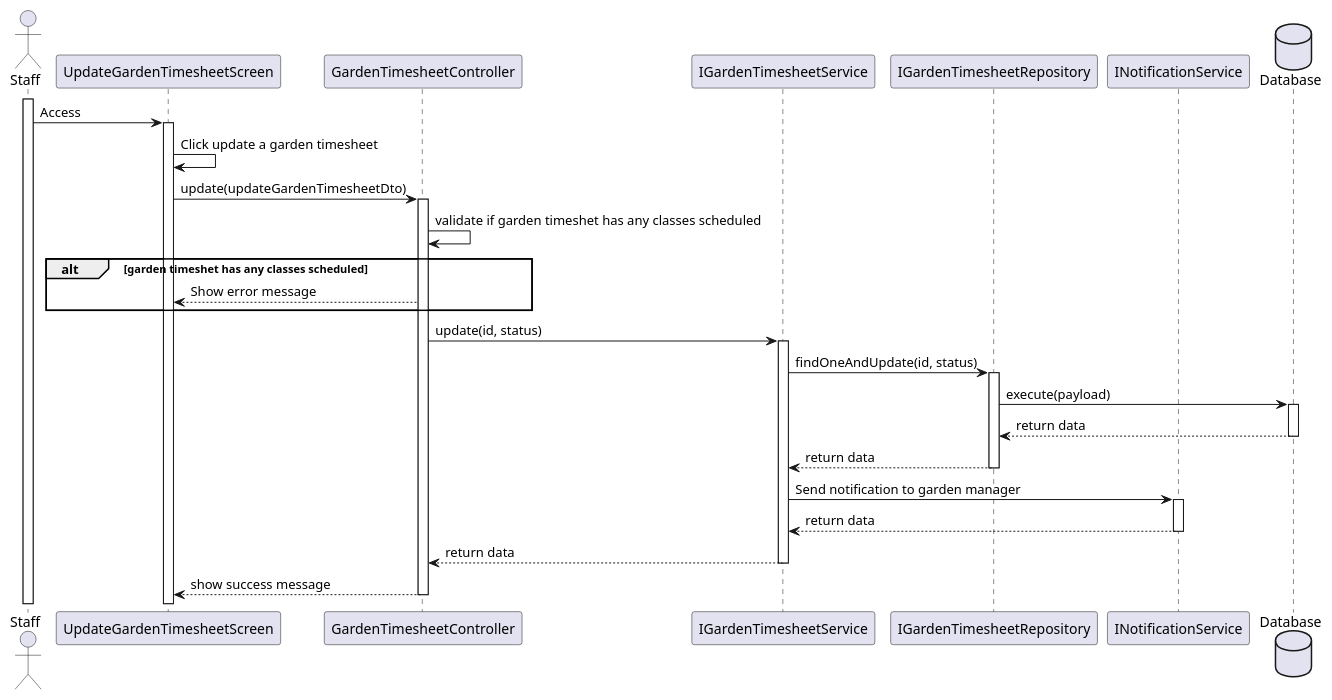
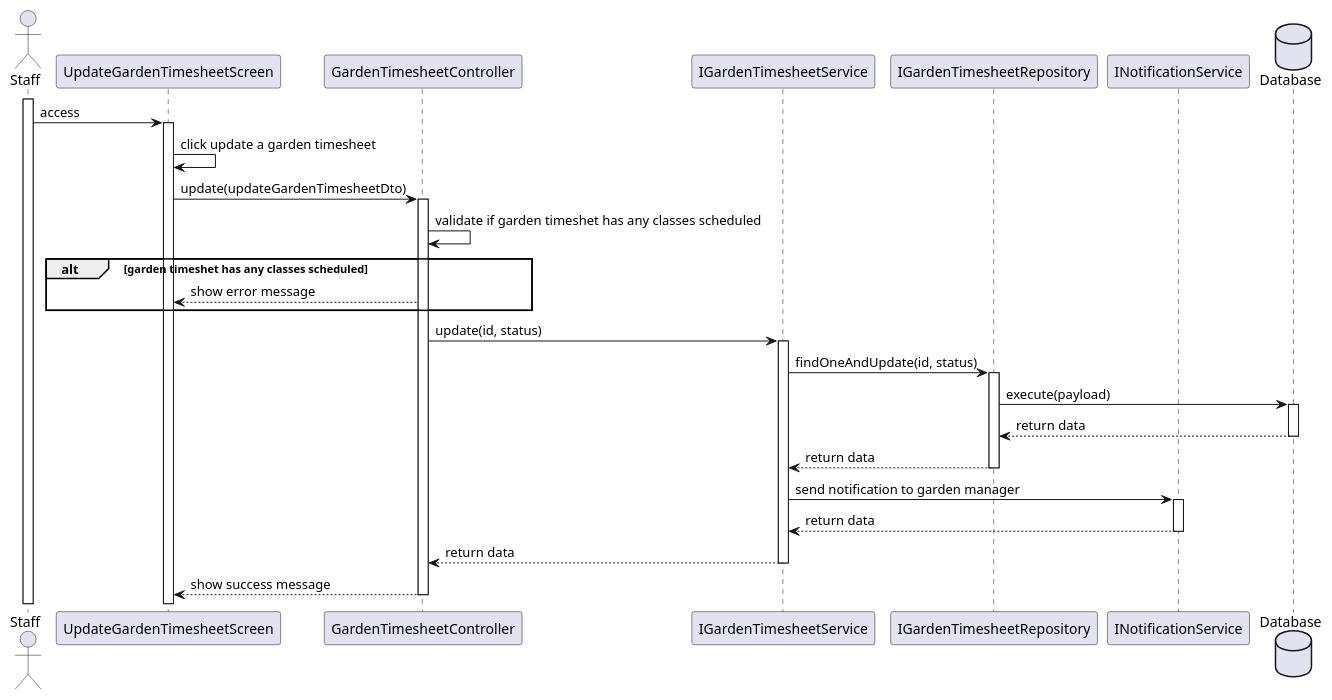
Before and after one commit to Deco-Team/orchidify-api: the diagram in .plantuml/sequence-diagram/staff-update-timesheet.plantuml, drawn with PlantUML. The commit also changed 17 other files, not shown here.

Commit message:
diagram: sequence update

```diff
--- a/.plantuml/sequence-diagram/staff-update-timesheet.plantuml
+++ b/.plantuml/sequence-diagram/staff-update-timesheet.plantuml
@@ -1,48 +1,48 @@
 @startuml
 actor Staff
 activate Staff
 
 participant UpdateGardenTimesheetScreen
-Staff -> UpdateGardenTimesheetScreen: Access
+Staff -> UpdateGardenTimesheetScreen: access
 activate UpdateGardenTimesheetScreen
-UpdateGardenTimesheetScreen -> UpdateGardenTimesheetScreen: Click update a garden timesheet
+UpdateGardenTimesheetScreen -> UpdateGardenTimesheetScreen: click update a garden timesheet
 
 participant GardenTimesheetController
 UpdateGardenTimesheetScreen -> GardenTimesheetController: update(updateGardenTimesheetDto)
 activate GardenTimesheetController
 GardenTimesheetController -> GardenTimesheetController: validate if garden timeshet has any classes scheduled
 
 alt garden timeshet has any classes scheduled
-    GardenTimesheetController --> UpdateGardenTimesheetScreen: Show error message
+    GardenTimesheetController --> UpdateGardenTimesheetScreen: show error message
 end
 
 participant IGardenTimesheetService
 GardenTimesheetController -> IGardenTimesheetService: update(id, status)
 activate IGardenTimesheetService
 
 participant IGardenTimesheetRepository
 IGardenTimesheetService -> IGardenTimesheetRepository: findOneAndUpdate(id, status)
 activate IGardenTimesheetRepository
 
 participant INotificationService
 database Database
 IGardenTimesheetRepository -> Database: execute(payload)
 activate Database
 Database --> IGardenTimesheetRepository: return data
 deactivate Database
 
 IGardenTimesheetRepository --> IGardenTimesheetService: return data
 deactivate IGardenTimesheetRepository
 
-IGardenTimesheetService -> INotificationService: Send notification to garden manager
+IGardenTimesheetService -> INotificationService: send notification to garden manager
 activate INotificationService
 
 INotificationService --> IGardenTimesheetService: return data
 deactivate INotificationService
 
 IGardenTimesheetService --> GardenTimesheetController: return data
 deactivate IGardenTimesheetService
 
 GardenTimesheetController --> UpdateGardenTimesheetScreen: show success message
 deactivate GardenTimesheetController
 @enduml
```
